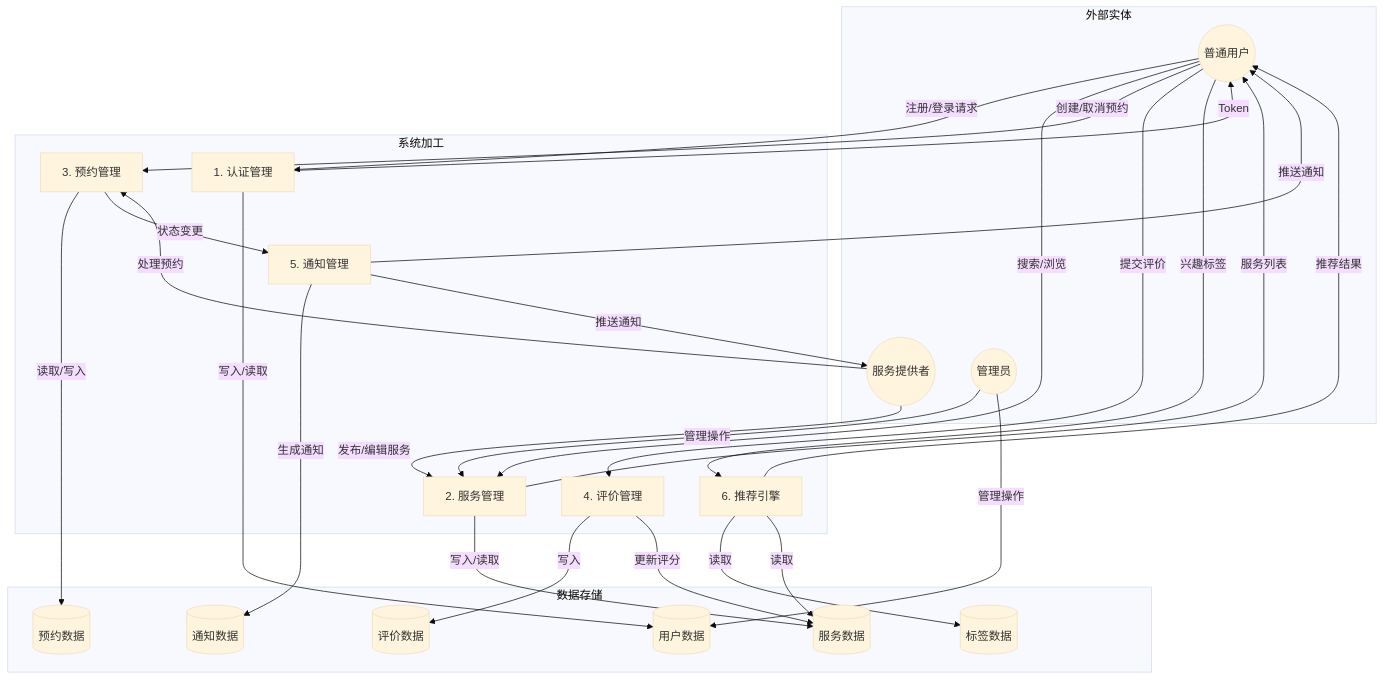
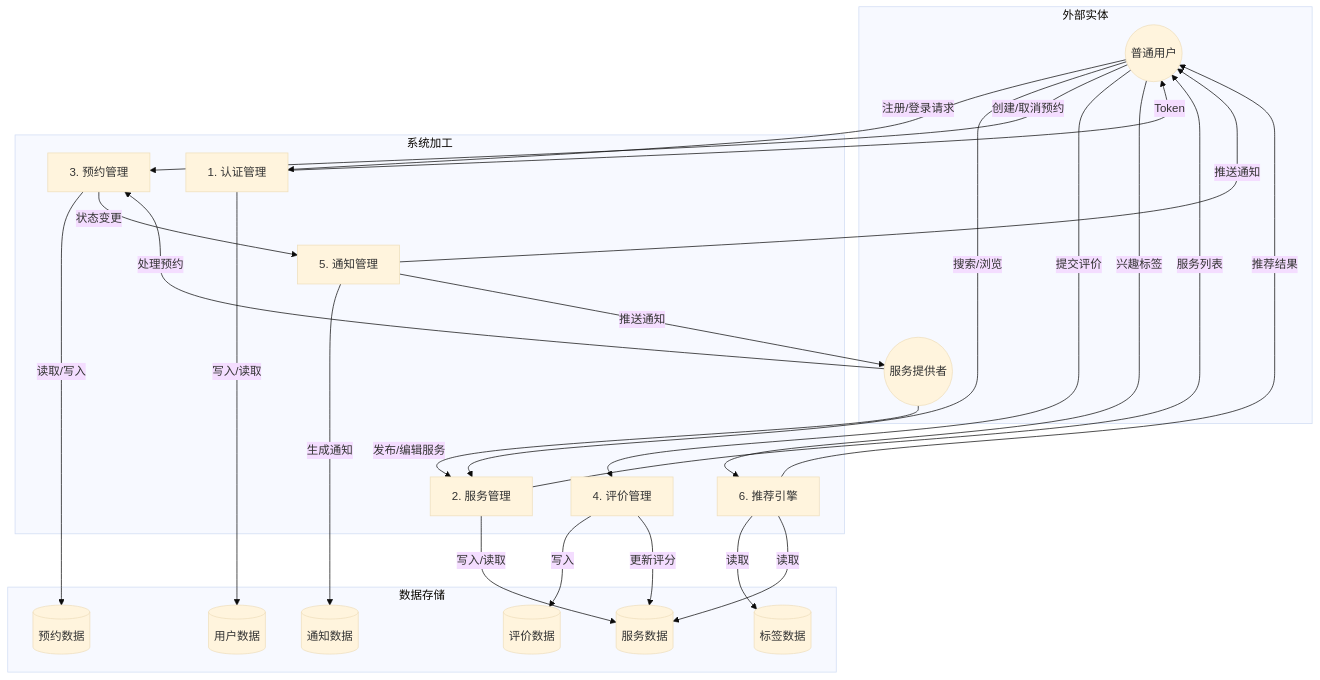
Before and after one commit to laipuran/online_reservation_system: diagram 17 of 19 in docs/PRD.md, drawn with Mermaid (base theme). The commit also changed other lines of this file, not shown here.

Commit message:
doc:removed admin completely

````diff
--- a/docs/PRD.md
+++ b/docs/PRD.md
@@ -603,56 +579,52 @@
 ```mermaid
 graph TB
     subgraph 外部实体
         Customer((普通用户))
         Provider((服务提供者))
-        Admin((管理员))
     end
 
     subgraph 系统加工
         P1[1. 认证管理]
         P2[2. 服务管理]
         P3[3. 预约管理]
         P4[4. 评价管理]
         P5[5. 通知管理]
         P6[6. 推荐引擎]
     end
 
     subgraph 数据存储
         D1[(用户数据)]
         D2[(服务数据)]
         D3[(预约数据)]
         D4[(评价数据)]
         D5[(通知数据)]
         D6[(标签数据)]
     end
 
     Customer -->|注册/登录请求| P1
     P1 -->|写入/读取| D1
     P1 -->|Token| Customer
 
     Provider -->|发布/编辑服务| P2
     P2 -->|写入/读取| D2
     Customer -->|搜索/浏览| P2
     P2 -->|服务列表| Customer
 
     Customer -->|创建/取消预约| P3
     Provider -->|处理预约| P3
     P3 -->|读取/写入| D3
     P3 -->|状态变更| P5
 
     Customer -->|提交评价| P4
     P4 -->|写入| D4
     P4 -->|更新评分| D2
 
     P5 -->|生成通知| D5
     P5 -->|推送通知| Customer
     P5 -->|推送通知| Provider
 
     Customer -->|兴趣标签| P6
     P6 -->|读取| D6
     P6 -->|读取| D2
     P6 -->|推荐结果| Customer
-
-    Admin -->|管理操作| P2
-    Admin -->|管理操作| D1
 ```
````
